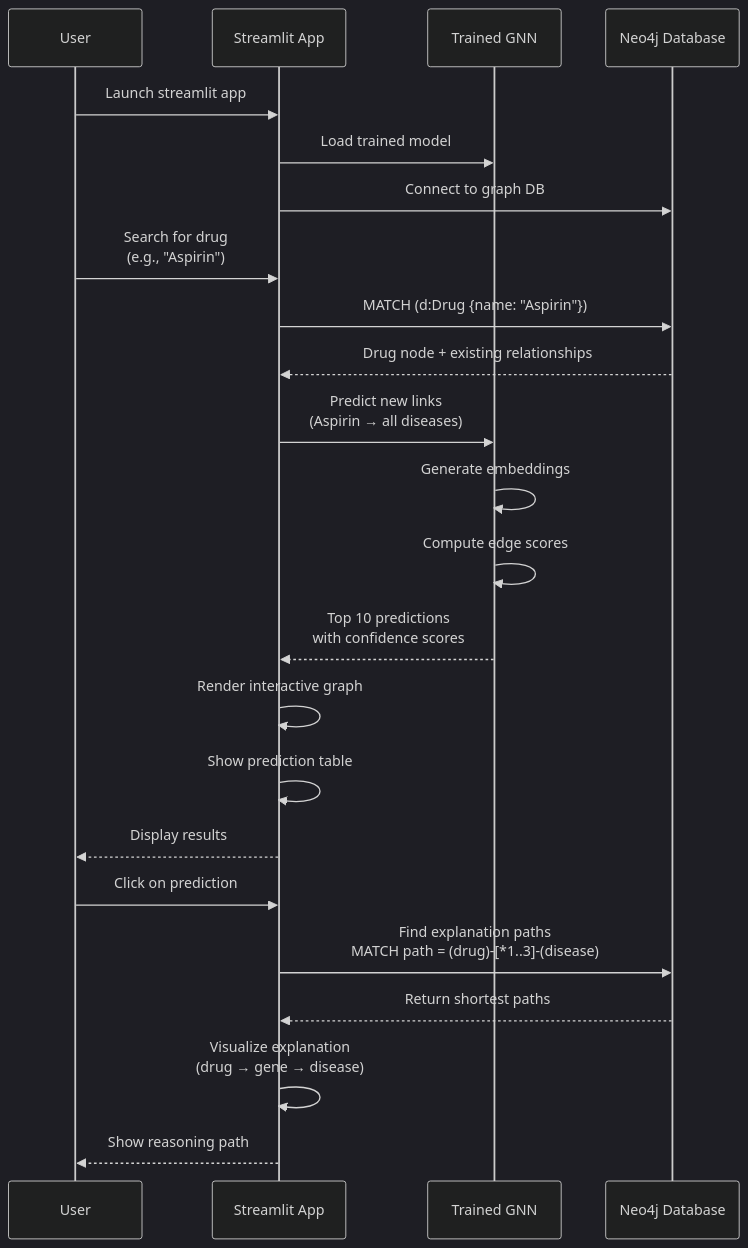
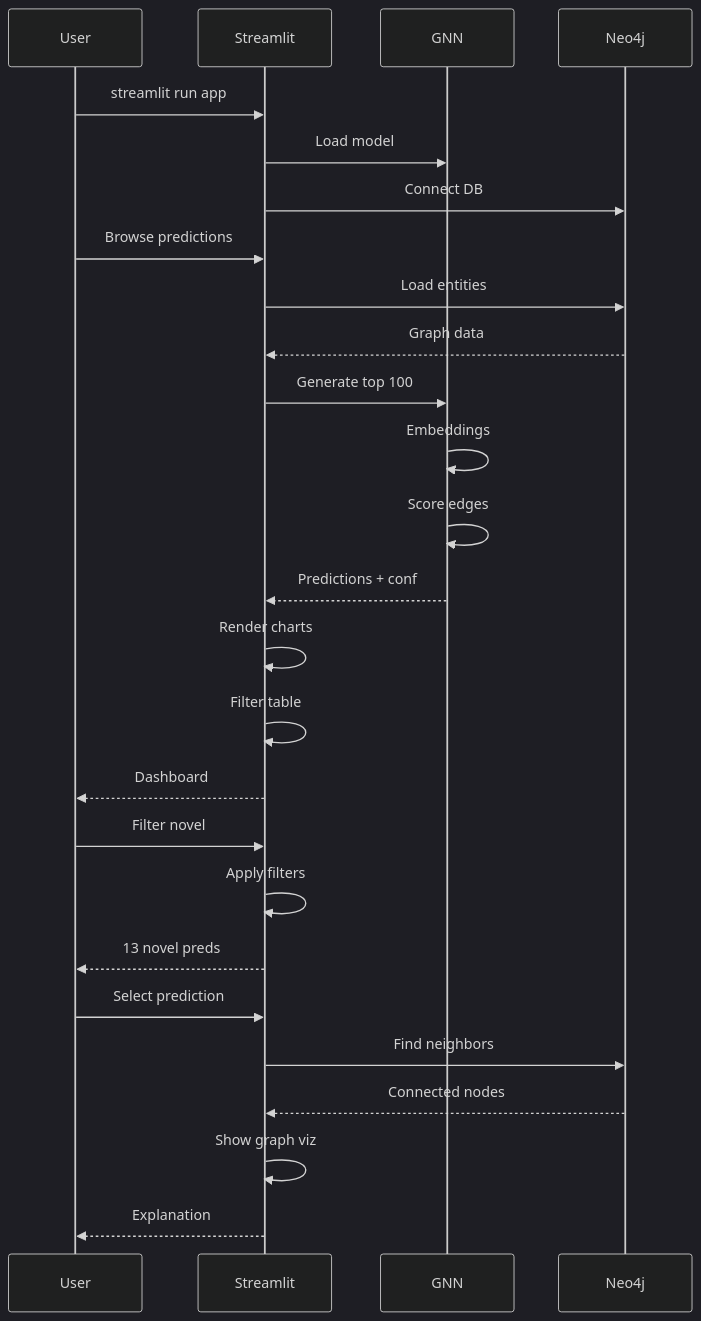
Before and after one commit to k1chik/workspace: the seventh of 7 diagrams in medical-kg-drug-repurposing/README.md, drawn with Mermaid (dark theme). The commit also changed other lines of this file, not shown here.

First line of the commit message:
Update README with improved diagrams and current project status

````diff
--- a/medical-kg-drug-repurposing/README.md
+++ b/medical-kg-drug-repurposing/README.md
@@ -337,31 +433,35 @@
 ```mermaid
 sequenceDiagram
-    participant User
-    participant App as Streamlit App
-    participant Model as Trained GNN
-    participant Neo4j as Neo4j Database
+    participant U as User
+    participant A as Streamlit
+    participant M as GNN
+    participant N as Neo4j
 
-    User->>App: Launch streamlit app
-    App->>Model: Load trained model
-    App->>Neo4j: Connect to graph DB
+    U->>A: streamlit run app
+    A->>M: Load model
+    A->>N: Connect DB
 
-    User->>App: Search for drug<br/>(e.g., "Aspirin")
-    App->>Neo4j: MATCH (d:Drug {name: "Aspirin"})
-    Neo4j-->>App: Drug node + existing relationships
+    U->>A: Browse predictions
+    A->>N: Load entities
+    N-->>A: Graph data
 
-    App->>Model: Predict new links<br/>(Aspirin → all diseases)
-    Model->>Model: Generate embeddings
-    Model->>Model: Compute edge scores
-    Model-->>App: Top 10 predictions<br/>with confidence scores
+    A->>M: Generate top 100
+    M->>M: Embeddings
+    M->>M: Score edges
+    M-->>A: Predictions + conf
 
-    App->>App: Render interactive graph
-    App->>App: Show prediction table
-    App-->>User: Display results
+    A->>A: Render charts
+    A->>A: Filter table
+    A-->>U: Dashboard
 
-    User->>App: Click on prediction
-    App->>Neo4j: Find explanation paths<br/>MATCH path = (drug)-[*1..3]-(disease)
-    Neo4j-->>App: Return shortest paths
+    U->>A: Filter novel
+    A->>A: Apply filters
+    A-->>U: 13 novel preds
 
-    App->>App: Visualize explanation<br/>(drug → gene → disease)
-    App-->>User: Show reasoning path
+    U->>A: Select prediction
+    A->>N: Find neighbors
+    N-->>A: Connected nodes
+
+    A->>A: Show graph viz
+    A-->>U: Explanation
 ```
````
